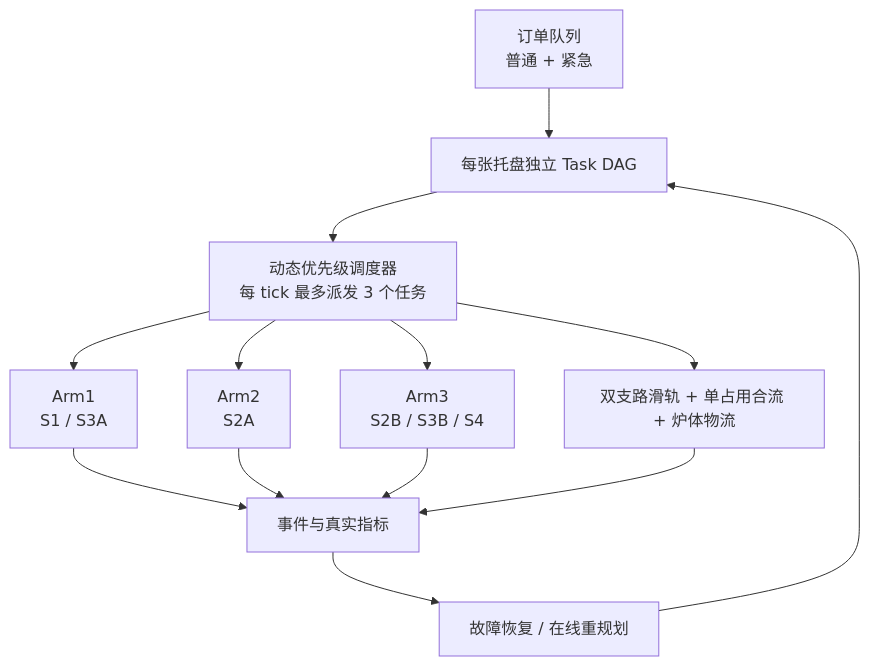
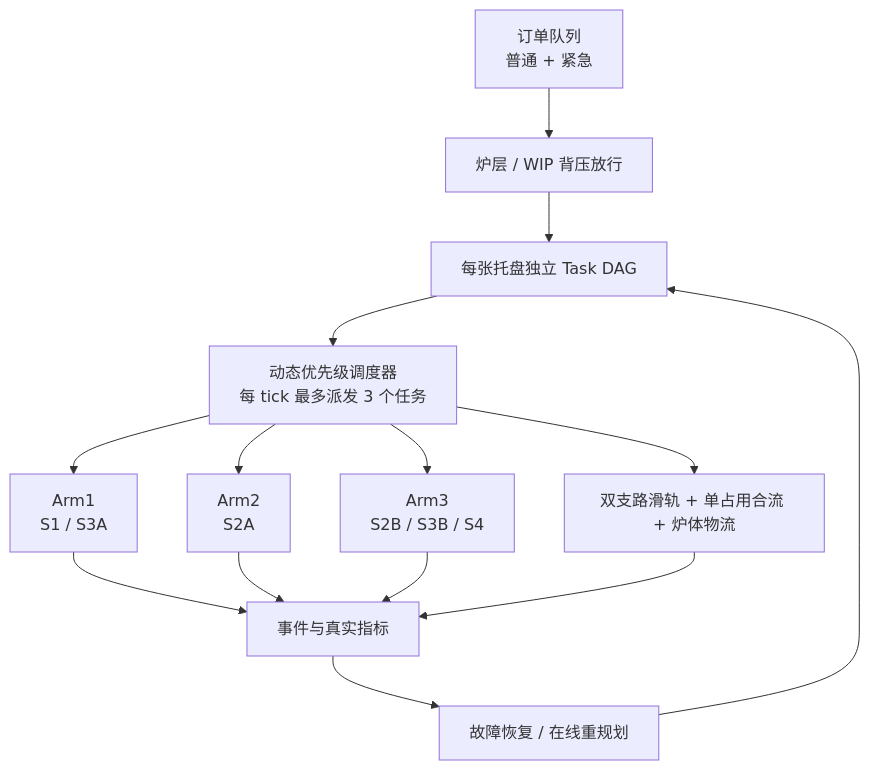
The second of 2 diagrams in README.md (w-mone-y/Flexible-process-for-heat-sinks-based-on-FR3), drawn with Mermaid before and after one commit. The commit also changed other lines of this file and 5 other files, not shown here.

````diff
--- a/README.md
+++ b/README.md
@@ -526,15 +551,16 @@
 ```mermaid
 flowchart TB
-    Q["订单队列<br/>普通 + 紧急"] --> G["每张托盘独立 Task DAG"]
+    Q["订单队列<br/>普通 + 紧急"] --> ADM["炉层 / WIP 背压放行"]
+    ADM --> G["每张托盘独立 Task DAG"]
     G --> SCH["动态优先级调度器<br/>每 tick 最多派发 3 个任务"]
     SCH --> A1["Arm1<br/>S1 / S3A"]
     SCH --> A2["Arm2<br/>S2A"]
     SCH --> A3["Arm3<br/>S2B / S3B / S4"]
     SCH --> LOG["双支路滑轨 + 单占用合流 + 炉体物流"]
     A1 --> EVT["事件与真实指标"]
     A2 --> EVT
     A3 --> EVT
     LOG --> EVT
     EVT --> REC["故障恢复 / 在线重规划"]
     REC --> G
 ```
````
